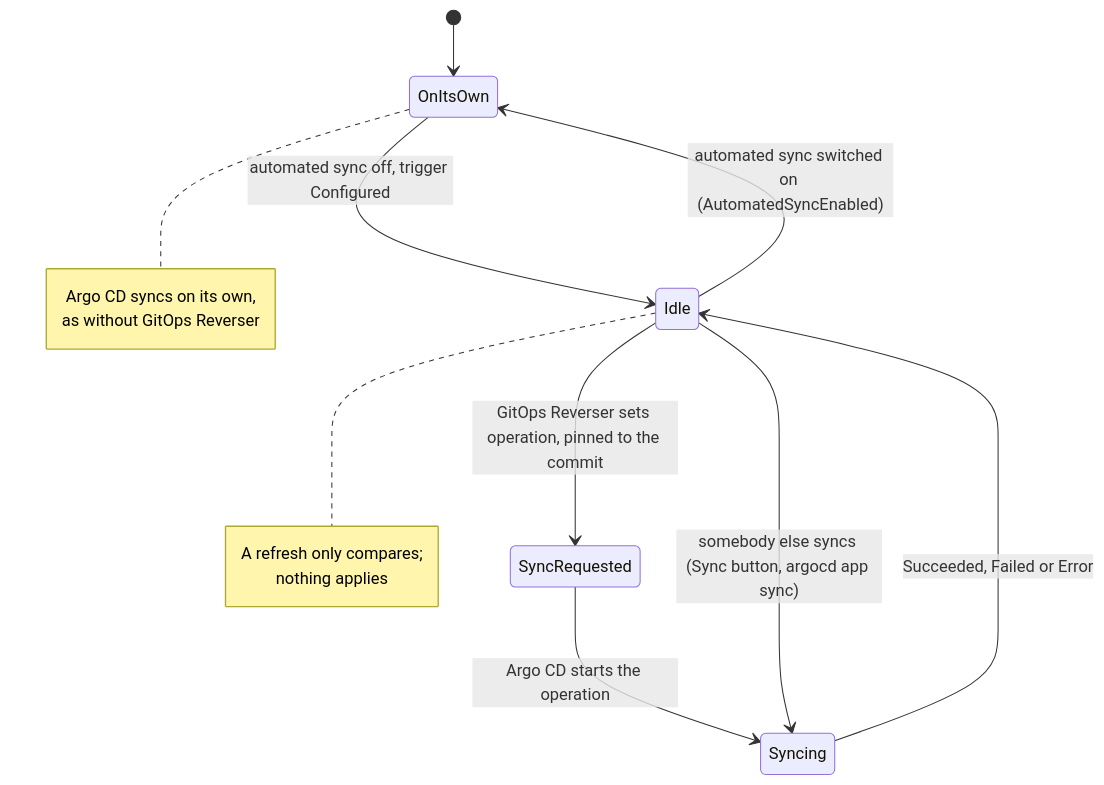
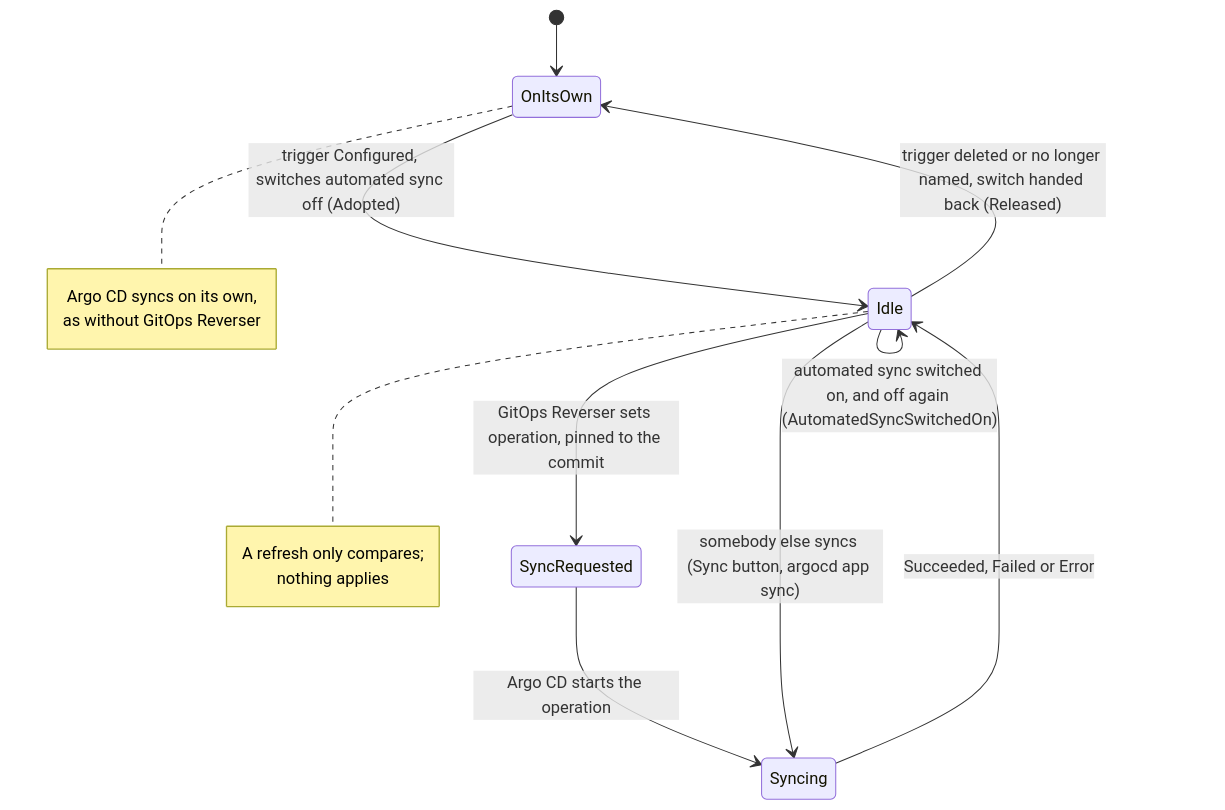
Before and after one commit to ConfigButler/gitops-reverser: the first of 2 diagrams in docs/bi-directional-argocd.md, drawn with Mermaid. The commit also changed other lines of this file and 31 other files, not shown here.

````diff
--- a/docs/bi-directional-argocd.md
+++ b/docs/bi-directional-argocd.md
@@ -254,19 +275,20 @@
 ```mermaid
 stateDiagram-v2
     [*] --> OnItsOwn
-    OnItsOwn --> Idle: automated sync off, trigger Configured
+    OnItsOwn --> Idle: trigger Configured, switches automated sync off (Adopted)
     Idle --> SyncRequested: GitOps Reverser sets operation, pinned to the commit
     SyncRequested --> Syncing: Argo CD starts the operation
     Syncing --> Idle: Succeeded, Failed or Error
     Idle --> Syncing: somebody else syncs (Sync button, argocd app sync)
-    Idle --> OnItsOwn: automated sync switched on (AutomatedSyncEnabled)
+    Idle --> Idle: automated sync switched on, and off again (AutomatedSyncSwitchedOn)
+    Idle --> OnItsOwn: trigger deleted or no longer named, switch handed back (Released)
 
     note right of OnItsOwn
         Argo CD syncs on its own,
         as without GitOps Reverser
     end note
     note right of Idle
         A refresh only compares;
         nothing applies
     end note
 ```
````
